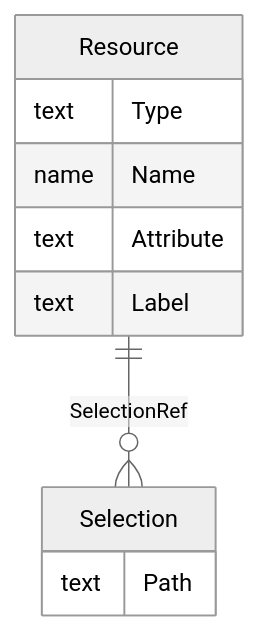
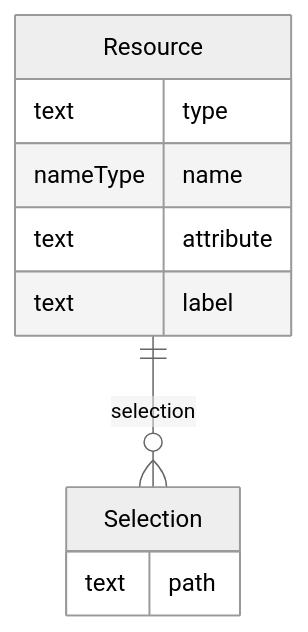
One commit to cdisc-org/DataExchange-ODM-LinkML changed the diagram in docs/Resource.md. Above: the diagram before and after it, drawn with Mermaid (neutral theme). The commit also changed other lines of this file and 759 other files, not shown here.

````diff
--- a/docs/Resource.md
+++ b/docs/Resource.md
@@ -11,15 +11,15 @@
 ```mermaid
 erDiagram
 Resource {
-    text Type  
-    name Name  
-    text Attribute  
-    text Label  
+    text type  
+    nameType name  
+    text attribute  
+    text label  
 }
 Selection {
-    text Path  
+    text path  
 }
 
-Resource ||--}o Selection : "SelectionRef"
+Resource ||--}o Selection : "selection"
 
 ```
````
